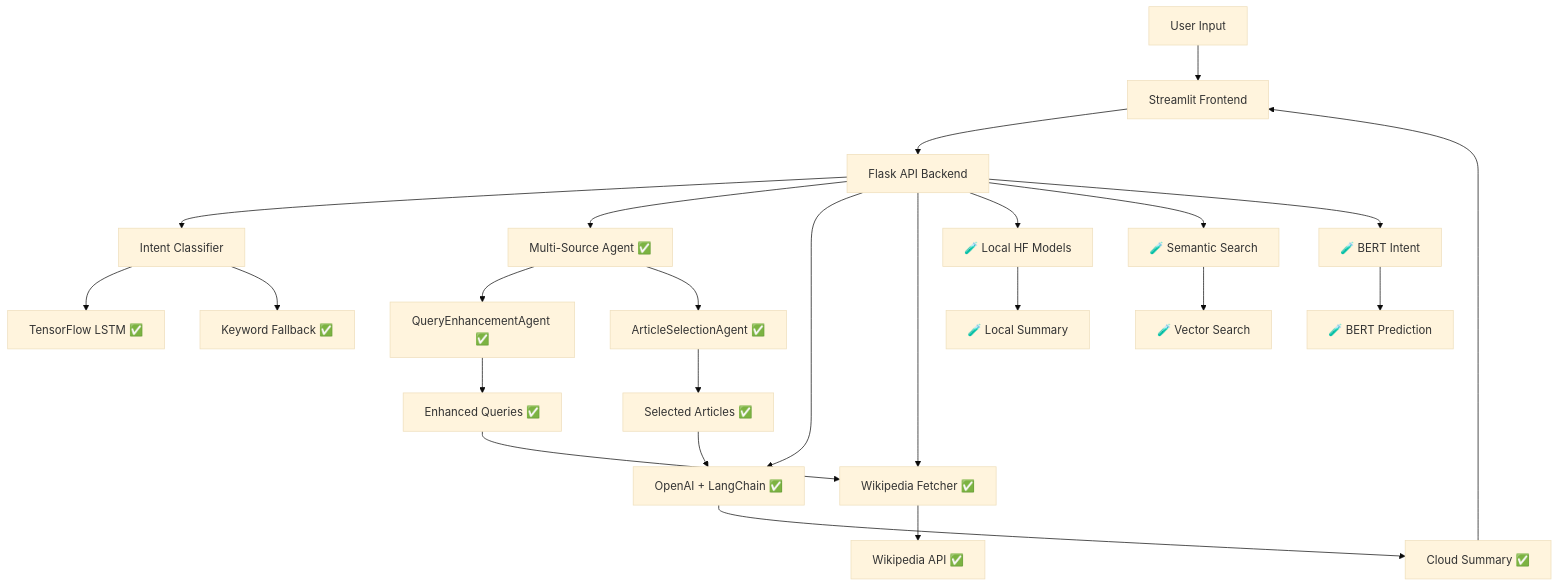
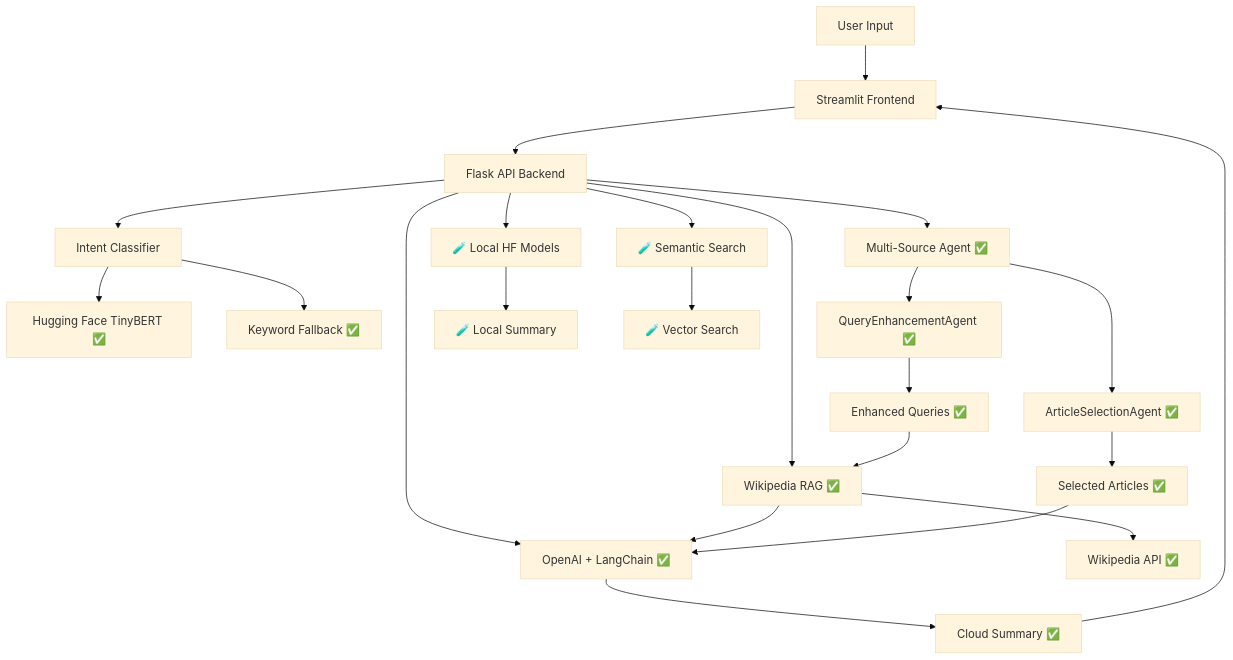
One commit to mathieudelehaye/SummarEaseAI changed the diagram in README.md. Above: the diagram before and after it, drawn with Mermaid (base theme). The commit also changed other lines of this file, not shown here.

````diff
--- a/README.md
+++ b/README.md
@@ -201,28 +190,27 @@
 ```mermaid
 graph TD
     A[User Input] --> B[Streamlit Frontend]
     B --> C[Flask API Backend]
     C --> D[Intent Classifier]
-    D --> E[TensorFlow LSTM ✅]
+    D --> E[Hugging Face TinyBERT ✅]
     D --> F[Keyword Fallback ✅]
     C --> G[Multi-Source Agent ✅]
     G --> H[QueryEnhancementAgent ✅]
     G --> I[ArticleSelectionAgent ✅]
     C --> J[OpenAI + LangChain ✅]
-    C --> K[Wikipedia Fetcher ✅]
+    C --> K[Wikipedia RAG ✅]
     K --> L[Wikipedia API ✅]
     J --> M[Cloud Summary ✅]
     H --> N[Enhanced Queries ✅]
     I --> O[Selected Articles ✅]
+    K --> J
     M --> B
     N --> K
     O --> J
     
     %% Under Test Features
     C --> P[🧪 Local HF Models]
     C --> Q[🧪 Semantic Search]
-    C --> R[🧪 BERT Intent]
     P --> S[🧪 Local Summary]
     Q --> T[🧪 Vector Search]
-    R --> U[🧪 BERT Prediction]
 ```
````
